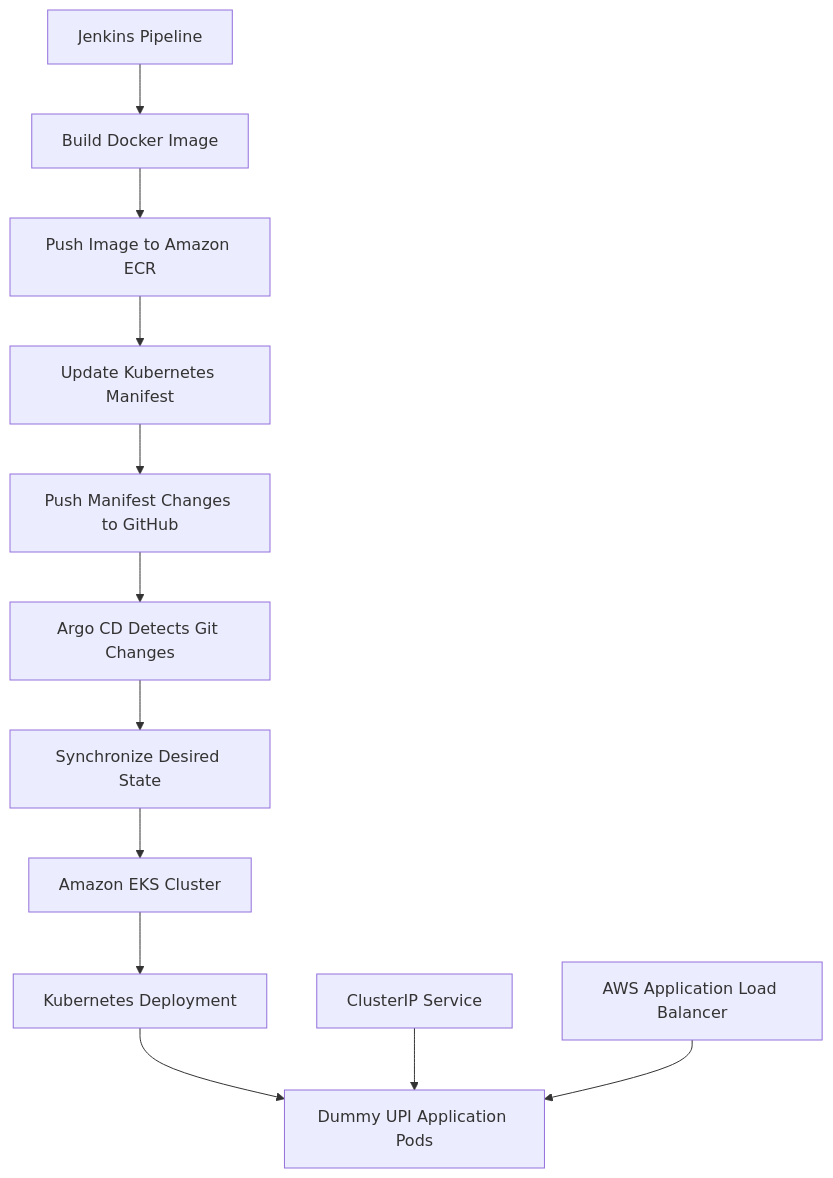
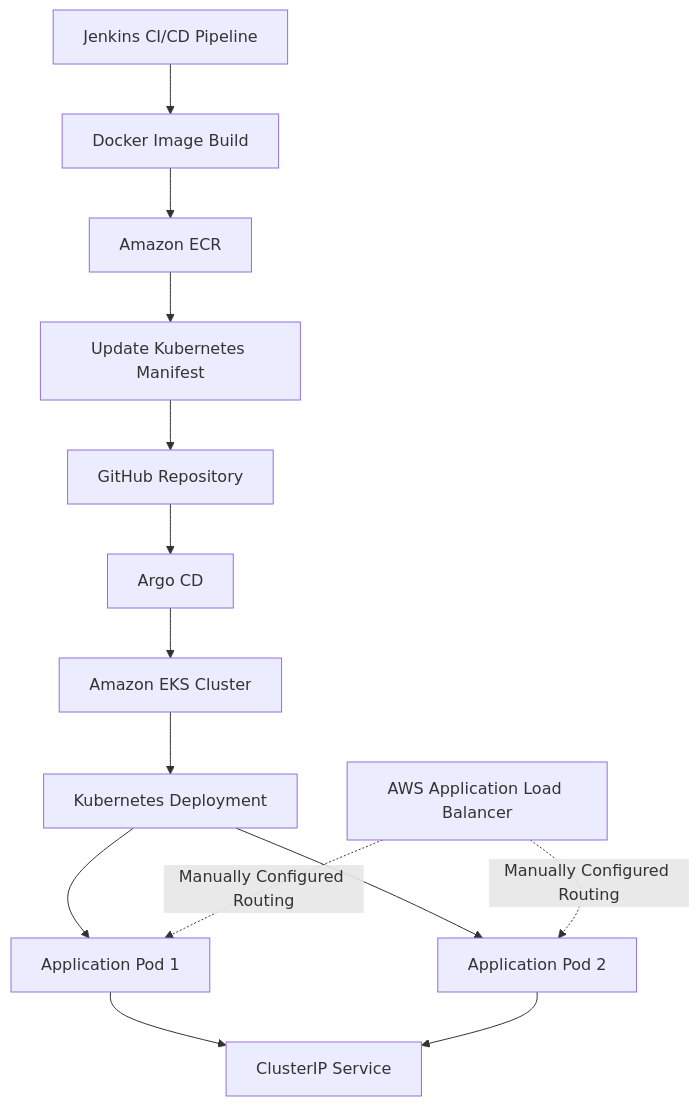
Before and after one commit to yashparthe45/autonomous-devsecops-engine: the third of 6 diagrams in README.md, drawn with Mermaid. The commit also changed other lines of this file, not shown here.

````diff
--- a/README.md
+++ b/README.md
@@ -305,14 +676,19 @@
 ```mermaid
 flowchart TD
-    A["Jenkins Pipeline"] --> B["Build Docker Image"]
-    B --> C["Push Image to Amazon ECR"]
-    C --> D["Update Kubernetes Manifest"]
-    D --> E["Push Manifest Changes to GitHub"]
-    E --> F["Argo CD Detects Git Changes"]
-    F --> G["Synchronize Desired State"]
-    G --> H["Amazon EKS Cluster"]
-    H --> I["Kubernetes Deployment"]
-    I --> J["Dummy UPI Application Pods"]
-    K["ClusterIP Service"] --> J
-    L["AWS Application Load Balancer"] --> J
+    A[Jenkins CI/CD Pipeline] --> B[Docker Image Build]
+    B --> C[Amazon ECR]
+    C --> D[Update Kubernetes Manifest]
+    D --> E[GitHub Repository]
+    E --> F[Argo CD]
+    F --> G[Amazon EKS Cluster]
+
+    G --> H[Kubernetes Deployment]
+    H --> I[Application Pod 1]
+    H --> J[Application Pod 2]
+
+    I --> K[ClusterIP Service]
+    J --> K
+
+    L[AWS Application Load Balancer] -. Manually Configured Routing .-> I
+    L -. Manually Configured Routing .-> J
 ```
````
